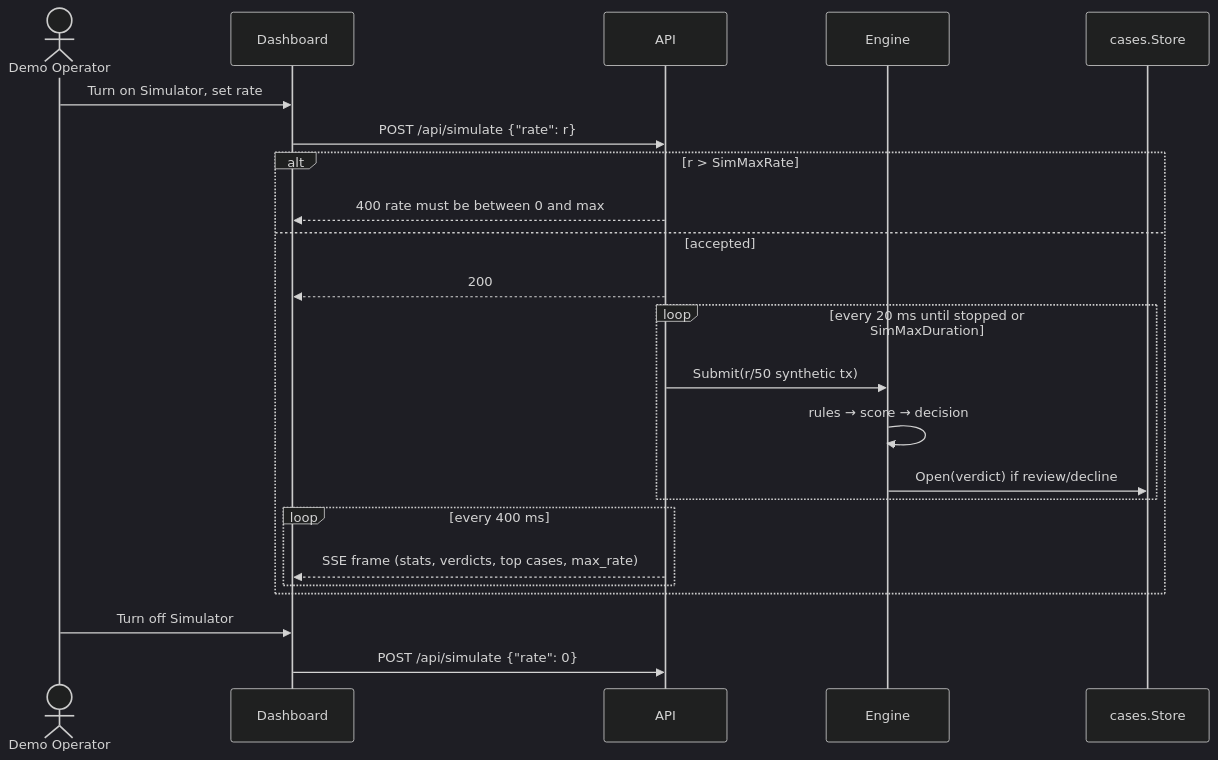
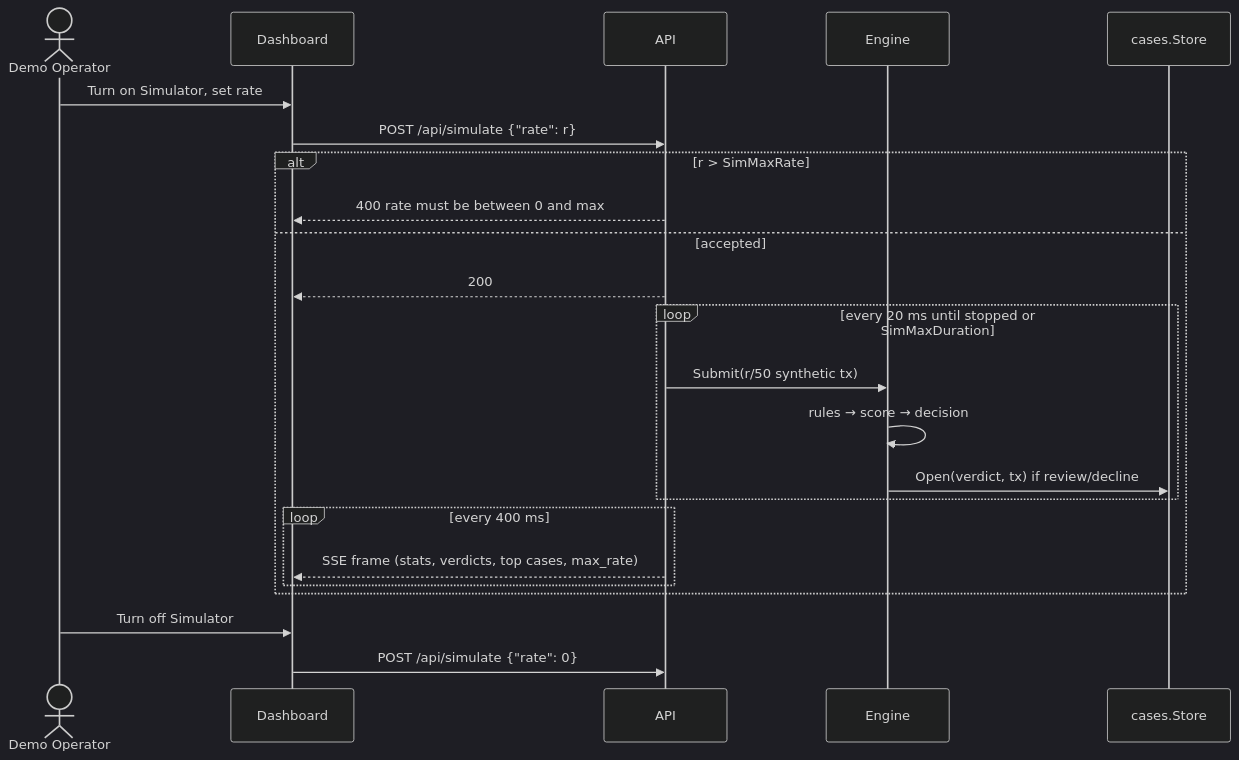
The third of 5 diagrams in docs/spec.md (Inn-Keeper/lambari), drawn with Mermaid (dark theme) before and after one commit. The commit also changed 8 other files, not shown here.

````diff
--- a/docs/spec.md
+++ b/docs/spec.md
@@ -126,26 +126,26 @@
 ```mermaid
 sequenceDiagram
     actor Op as Demo Operator
     participant UI as Dashboard
     participant API as API
     participant E as Engine
     participant S as cases.Store
 
     Op->>UI: Turn on Simulator, set rate
     UI->>API: POST /api/simulate {"rate": r}
     alt r > SimMaxRate
         API-->>UI: 400 rate must be between 0 and max
     else accepted
         API-->>UI: 200
         loop every 20 ms until stopped or SimMaxDuration
             API->>E: Submit(r/50 synthetic tx)
             E->>E: rules → score → decision
-            E->>S: Open(verdict) if review/decline
+            E->>S: Open(verdict, tx) if review/decline
         end
         loop every 400 ms
             API-->>UI: SSE frame (stats, verdicts, top cases, max_rate)
         end
     end
     Op->>UI: Turn off Simulator
     UI->>API: POST /api/simulate {"rate": 0}
 ```
````
